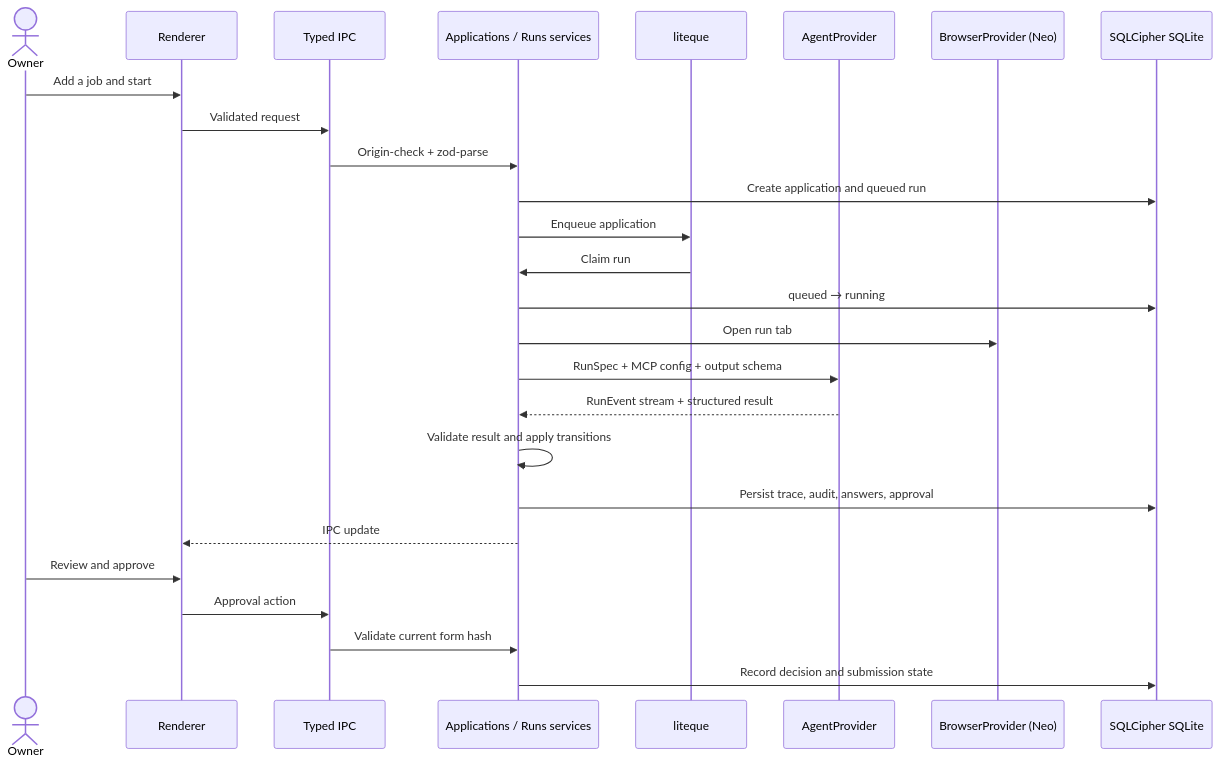
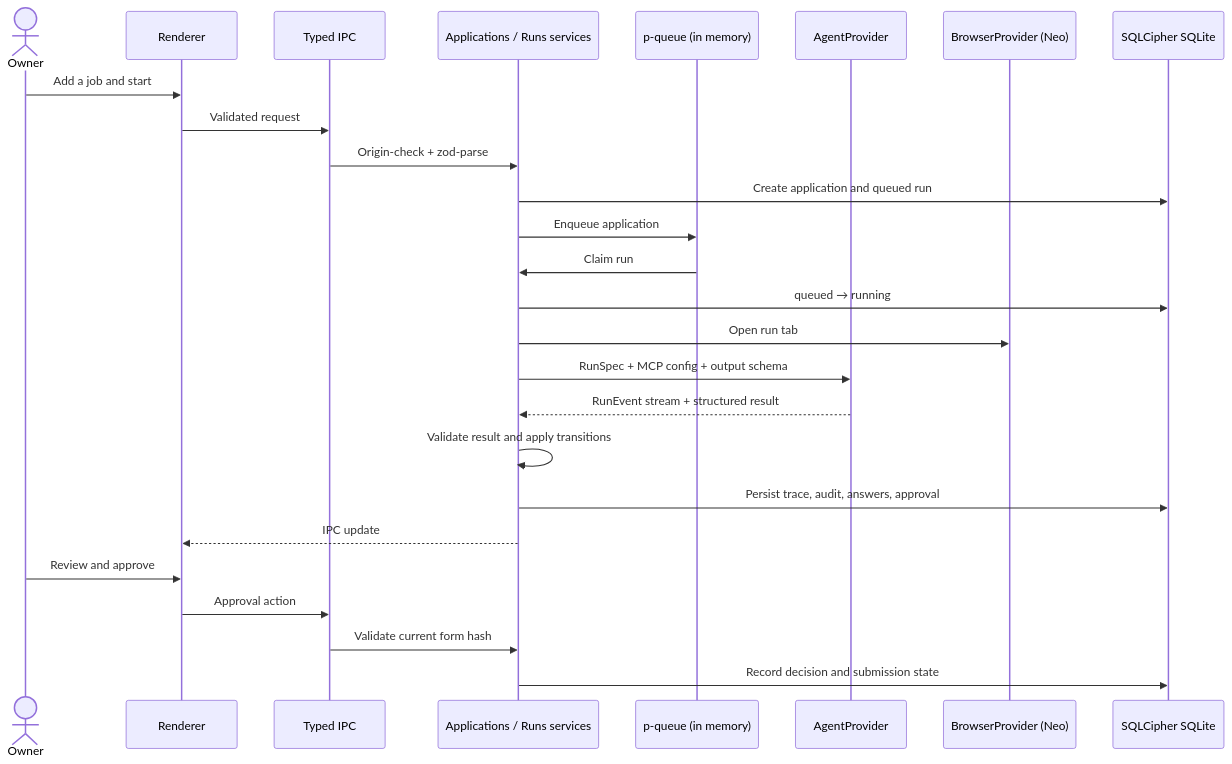
Before and after one commit to sadowb/jobPilot: the fifth of 5 diagrams in docs/architecture.md, drawn with Mermaid. The commit also changed other lines of this file and 18 other files, not shown here.

Commit message:
refactor(queue)!: replace liteque with in-memory p-queue

````diff
--- a/docs/architecture.md
+++ b/docs/architecture.md
@@ -88,28 +88,28 @@
 ```mermaid
 sequenceDiagram
   actor Owner
   participant UI as Renderer
   participant IPC as Typed IPC
   participant App as Applications / Runs services
-  participant Q as liteque
+  participant Q as p-queue (in memory)
   participant Agent as AgentProvider
   participant Browser as BrowserProvider (Neo)
   participant DB as SQLCipher SQLite
   Owner->>UI: Add a job and start
   UI->>IPC: Validated request
   IPC->>App: Origin-check + zod-parse
   App->>DB: Create application and queued run
   App->>Q: Enqueue application
   Q->>App: Claim run
   App->>DB: queued → running
   App->>Browser: Open run tab
   App->>Agent: RunSpec + MCP config + output schema
   Agent-->>App: RunEvent stream + structured result
   App->>App: Validate result and apply transitions
   App->>DB: Persist trace, audit, answers, approval
   App-->>UI: IPC update
   Owner->>UI: Review and approve
   UI->>IPC: Approval action
   IPC->>App: Validate current form hash
   App->>DB: Record decision and submission state
 ```
````
